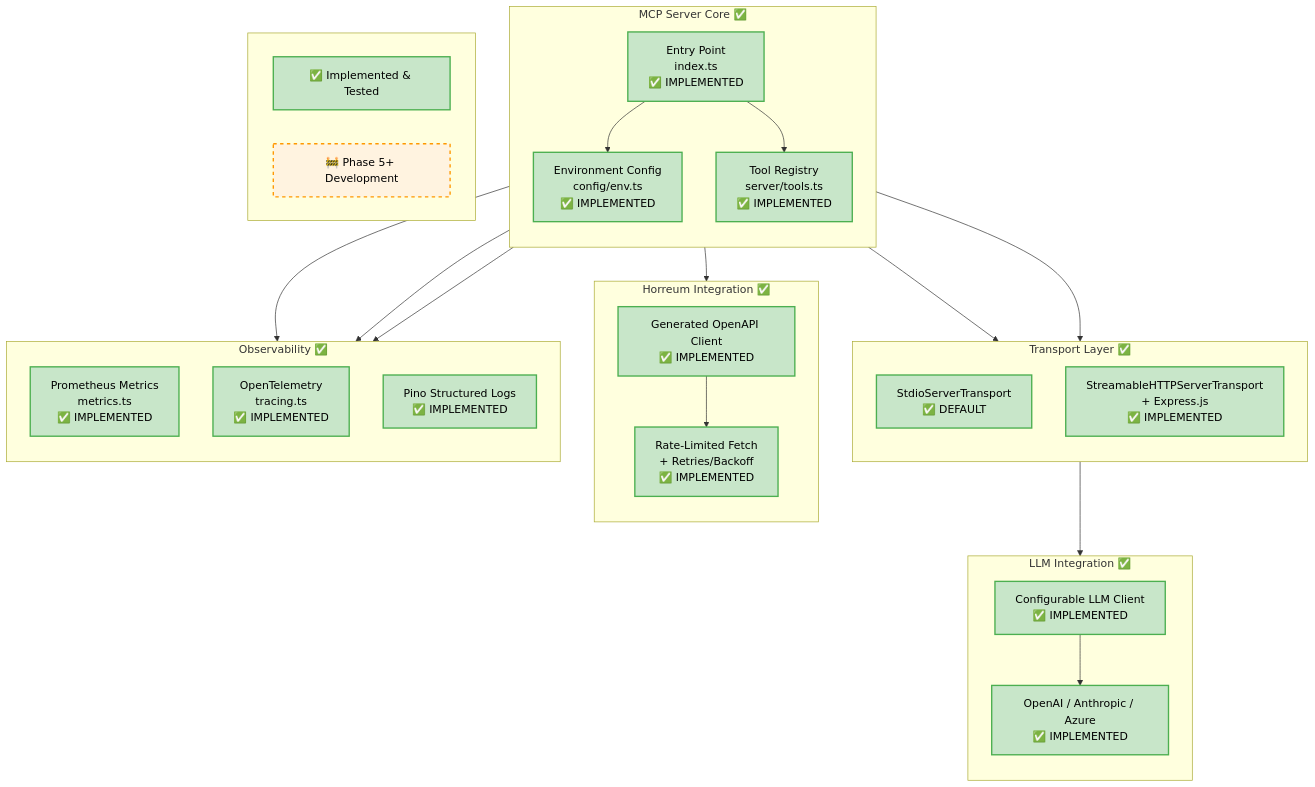
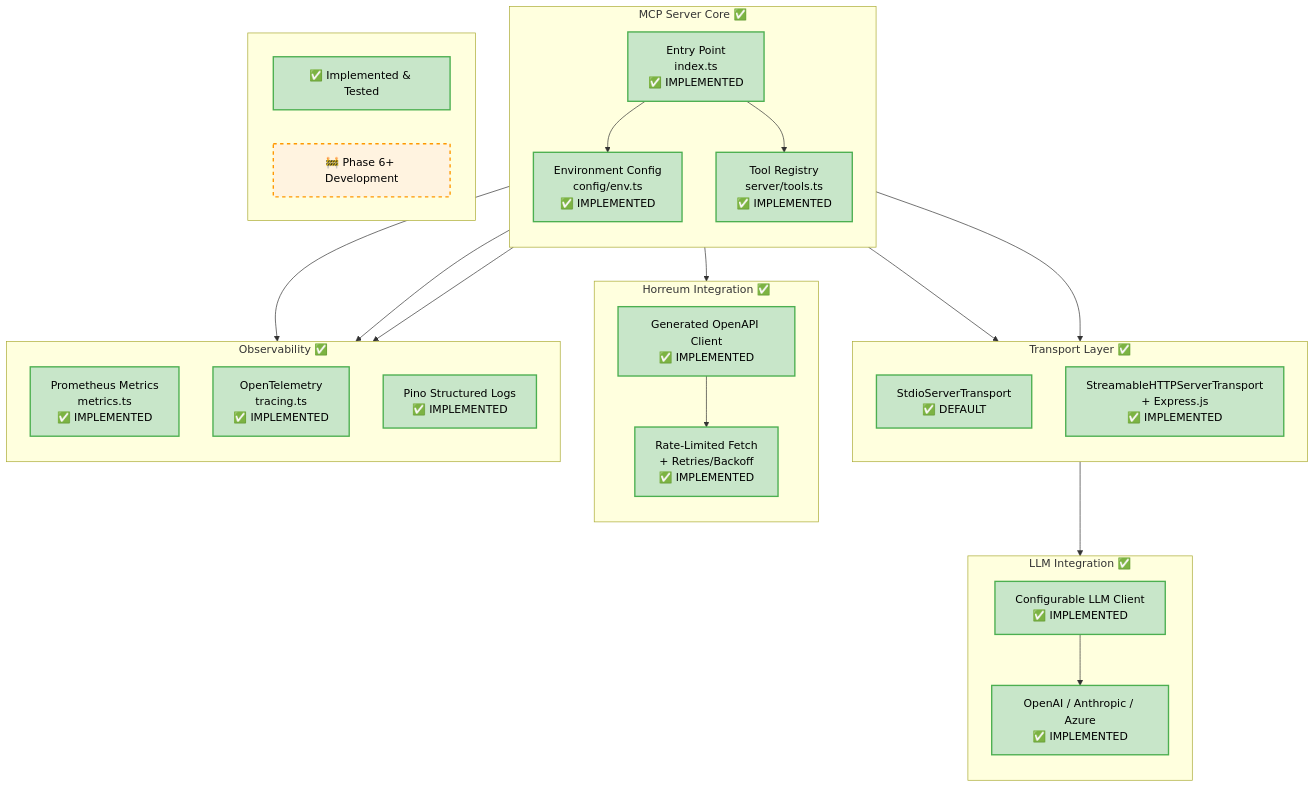
The fourth of 4 diagrams in README.md (dustinblack/horreum-mcp), drawn with Mermaid before and after one commit. The commit also changed other lines of this file and 6 other files, not shown here.

````diff
--- a/README.md
+++ b/README.md
@@ -195,60 +193,60 @@
 ```mermaid
 graph TB
     subgraph "MCP Server Core ✅"
         direction TB
         ENTRY[Entry Point<br/>index.ts<br/>✅ IMPLEMENTED]
         TOOLS[Tool Registry<br/>server/tools.ts<br/>✅ IMPLEMENTED]
         ENV[Environment Config<br/>config/env.ts<br/>✅ IMPLEMENTED]
     end
 
     subgraph "Transport Layer ✅"
         direction TB
         STDIO_T[StdioServerTransport<br/>✅ DEFAULT]
         HTTP_T[StreamableHTTPServerTransport<br/>+ Express.js<br/>✅ IMPLEMENTED]
     end
 
     subgraph "Horreum Integration ✅"
         direction TB
         CLIENT[Generated OpenAPI Client<br/>✅ IMPLEMENTED]
         FETCH[Rate-Limited Fetch<br/>+ Retries/Backoff<br/>✅ IMPLEMENTED]
     end
 
     subgraph "LLM Integration ✅"
         direction TB
         LLM_CLIENT[Configurable LLM Client<br/>✅ IMPLEMENTED]
         PROVIDERS[OpenAI / Anthropic / Azure<br/>✅ IMPLEMENTED]
     end
 
     subgraph "Observability ✅"
         direction TB
         METRICS[Prometheus Metrics<br/>metrics.ts<br/>✅ IMPLEMENTED]
         TRACING[OpenTelemetry<br/>tracing.ts<br/>✅ IMPLEMENTED]
         LOGGING[Pino Structured Logs<br/>✅ IMPLEMENTED]
     end
 
     ENTRY --> ENV
     ENTRY --> TOOLS
     ENTRY --> STDIO_T
     ENTRY --> HTTP_T
     TOOLS --> CLIENT
     CLIENT --> FETCH
     HTTP_T --> LLM_CLIENT
     LLM_CLIENT --> PROVIDERS
     TOOLS --> METRICS
     TOOLS --> TRACING
     TOOLS --> LOGGING
 
     classDef implemented fill:#c8e6c9,stroke:#4caf50,stroke-width:2px,color:#000000
     classDef planned fill:#fff3e0,stroke:#ff9800,stroke-width:2px,stroke-dasharray: 5 5,color:#000000
 
     class ENTRY,TOOLS,ENV,STDIO_T,CLIENT,FETCH,METRICS,TRACING,LOGGING,HTTP_T,LLM_CLIENT,PROVIDERS implemented
 
     %% Implementation Status
     subgraph Status[" "]
         S1[✅ Implemented & Tested]
-        S2[🚧 Phase 5+ Development]
+        S2[🚧 Phase 6+ Development]
     end
 
     class S1 implemented
     class S2 planned
 ```
````
